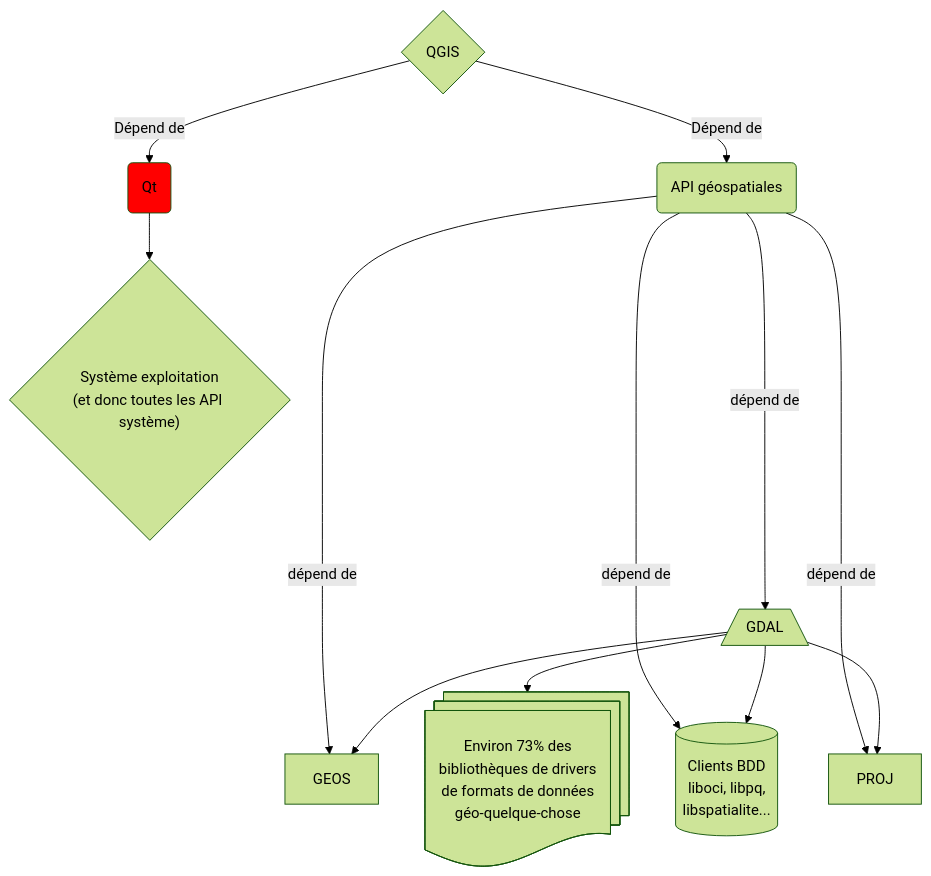
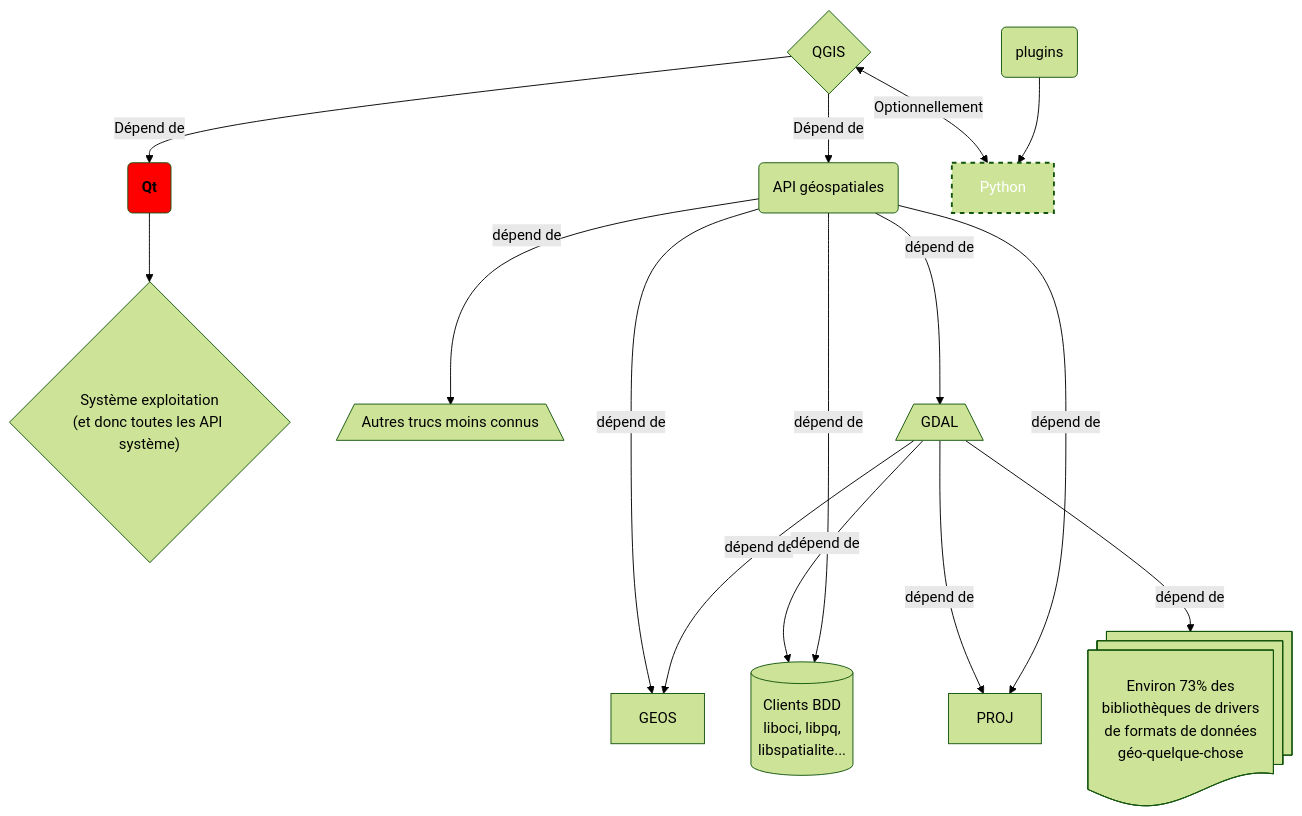
One commit to geotribu/website changed the diagram in content/articles/2024/2024-10-29_tester-qgis-4-futur-sig-open-source.md. Above: the diagram before and after it, drawn with Mermaid (forest theme). The commit also changed other lines of this file, not shown here.

````diff
--- a/content/articles/2024/2024-10-29_tester-qgis-4-futur-sig-open-source.md
+++ b/content/articles/2024/2024-10-29_tester-qgis-4-futur-sig-open-source.md
@@ -34,16 +34,20 @@
 ```mermaid
 flowchart TD
-    A{QGIS} -->|Dépend de| B(Qt)
-    A -->|Dépend de| C(API géospatiales)
+    Q{QGIS} -->|Dépend de| B(Qt)
+    Q -->|Dépend de| C(API géospatiales)
+    Q <-->|Optionnellement| P[Python]
+    M(plugins) --> P:::pointilles
     B:::blocimportant --> S{"Système exploitation<br/>(et donc toutes les API système)"}
-    C --->|dépend de| D[/GDAL\]
-    D --> E
-    D --> G
-    D --> F
-    D --> Z@{ shape: docs, label: "Environ 73% des <br/>bibliothèques de drivers <br/>de formats de données <br/>géo-quelque-chose"}
     C -->|dépend de| E[GEOS]
+    C -->|dépend de| T[/Autres trucs moins connus\]
+    C -->|dépend de| D[/GDAL\]
+    D -->|dépend de| E
+    D -->|dépend de| G
+    D -->|dépend de| F
+    D -->|dépend de| Z@{ shape: docs, label: "Environ 73% des <br/>bibliothèques de drivers <br/>de formats de données <br/>géo-quelque-chose"}
     C -->|dépend de| F[PROJ]
-    C --->|dépend de| G[("Clients BDD<br/>liboci, libpq, <br/>libspatialite...")]
+    C --->|dépend de| G@{ shape: cyl, label: "Clients BDD<br/>liboci, libpq, <br/>libspatialite..." }
 
-    classDef blocimportant fill:#ff0000
+    classDef blocimportant fill:#ff0000,font-weight:bold
+    classDef pointilles fill:stroke:#f66,stroke-width:2px,color:#fff,stroke-dasharray: 5 5
 ```
````
